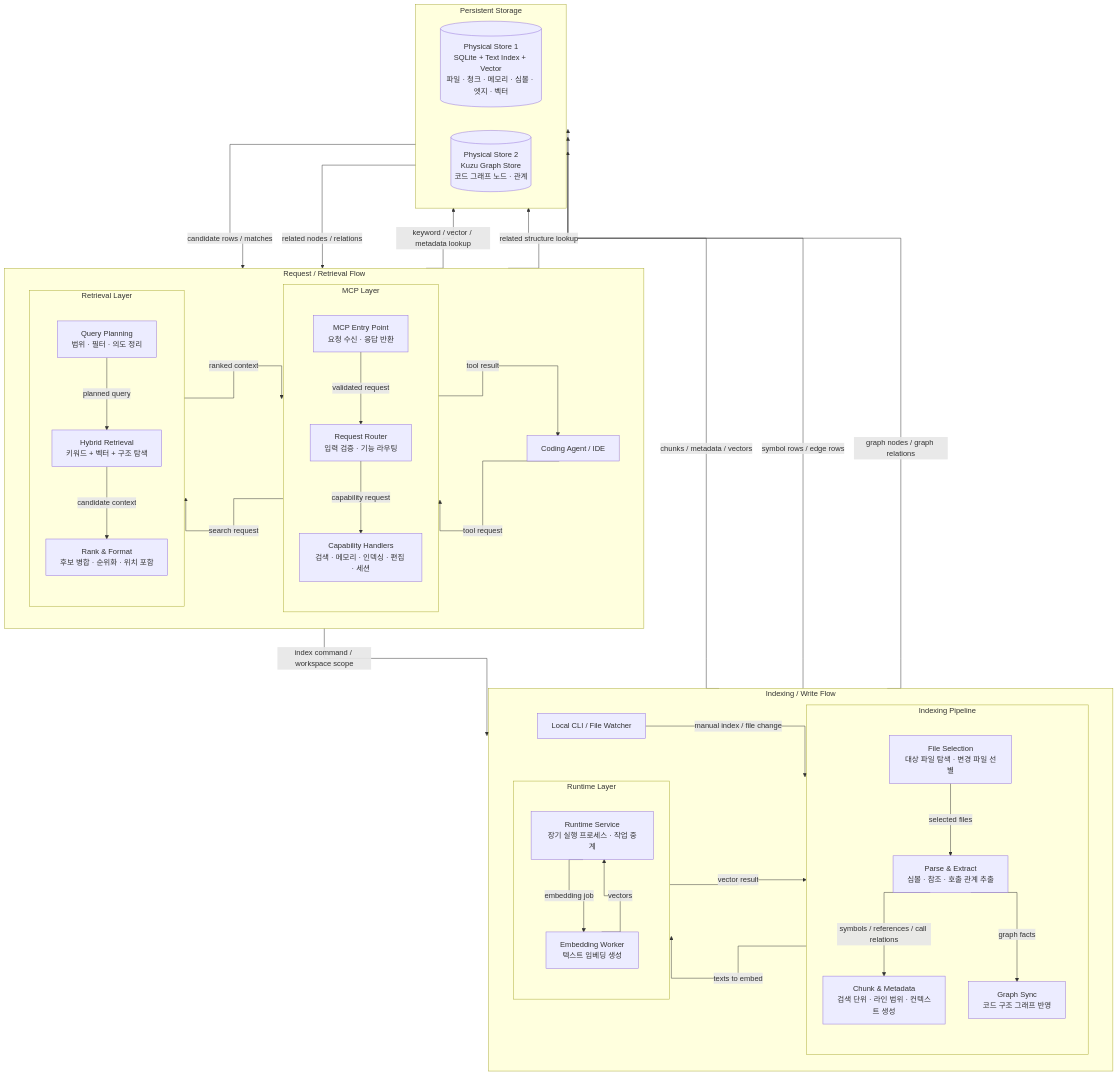
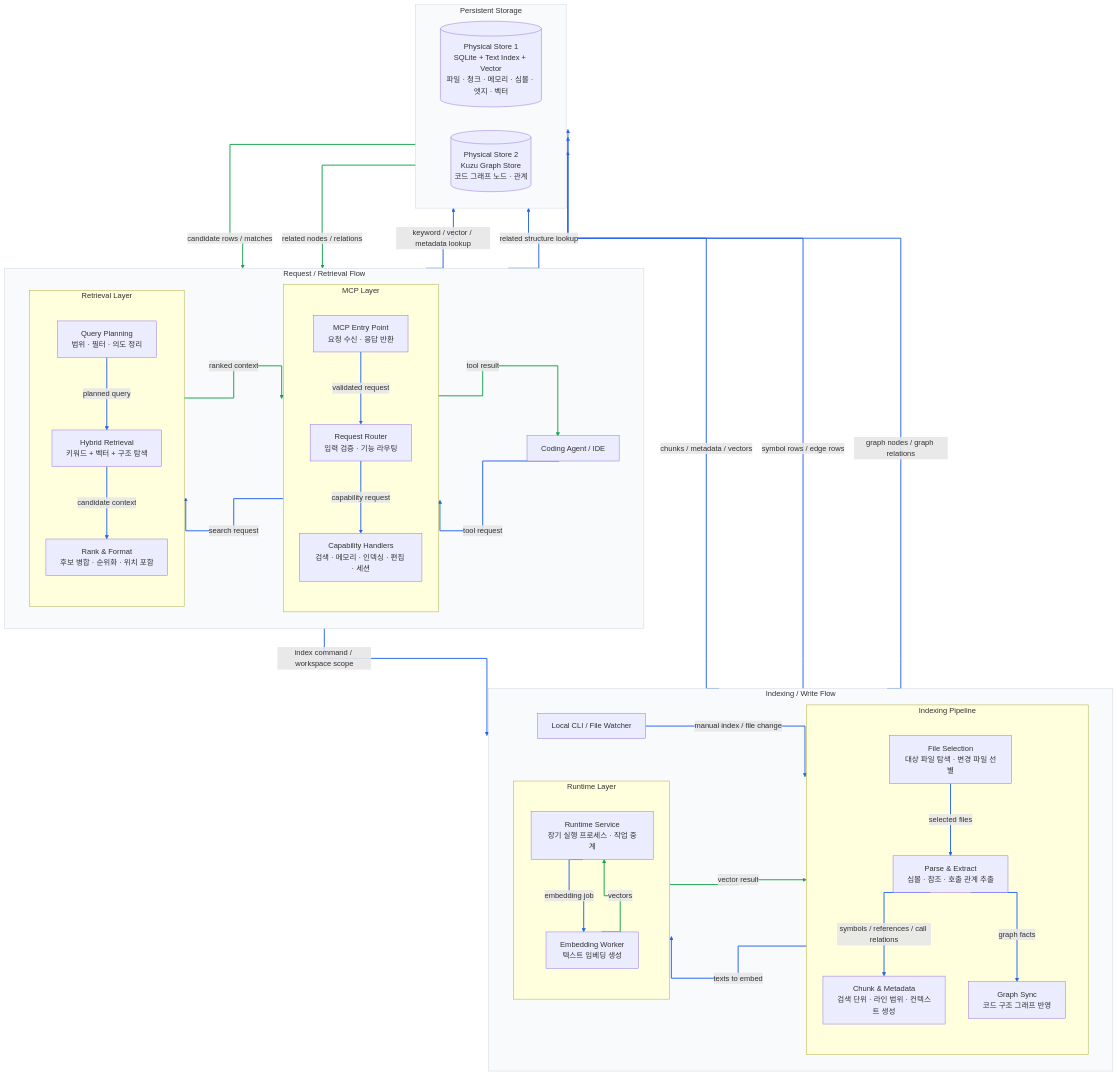
Before and after one commit to kth3/Cortex-agent: the diagram in README.md, drawn with Mermaid. The commit also changed other lines of this file and 1 other file, not shown here.

Commit message:
docs: fix graph

````diff
--- a/README.md
+++ b/README.md
@@ -100,4 +100,14 @@
   Chunk -->|"chunks / metadata / vectors"| SQLVector
   Extract -->|"symbol rows / edge rows"| SQLVector
   GraphSync -->|"graph nodes / graph relations"| GraphDB
+
+  %% Input / Request / Write Flow
+  linkStyle 0,1,2,3,4,5,8,9,10,11,12,13,14,17,19,21,22,23 stroke:#2563eb,stroke-width:2px;
+
+  %% Result / Response Flow
+  linkStyle 6,7,15,16,18,20 stroke:#16a34a,stroke-width:2px;
+
+  style RequestFlow fill:#f8fafc,stroke:#cbd5e1
+  style IndexFlow fill:#f8fafc,stroke:#cbd5e1
+  style Storage fill:#f8fafc,stroke:#cbd5e1
 ```
````
